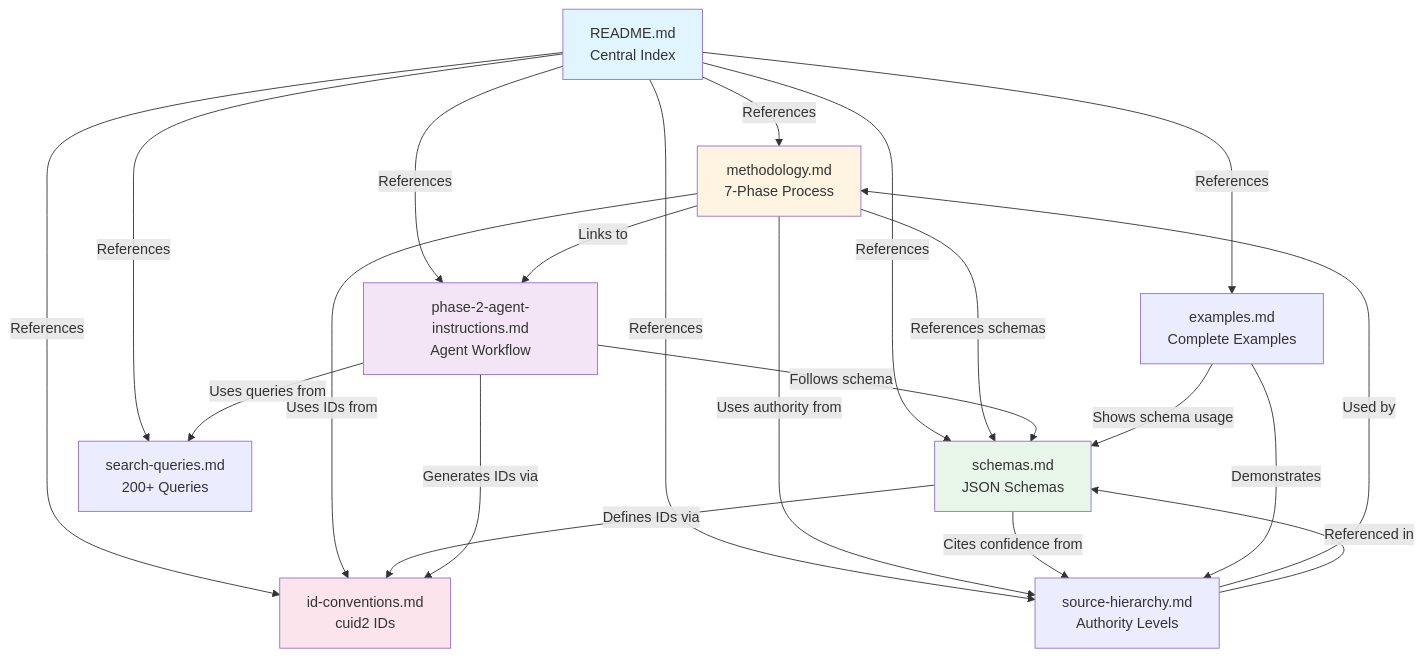
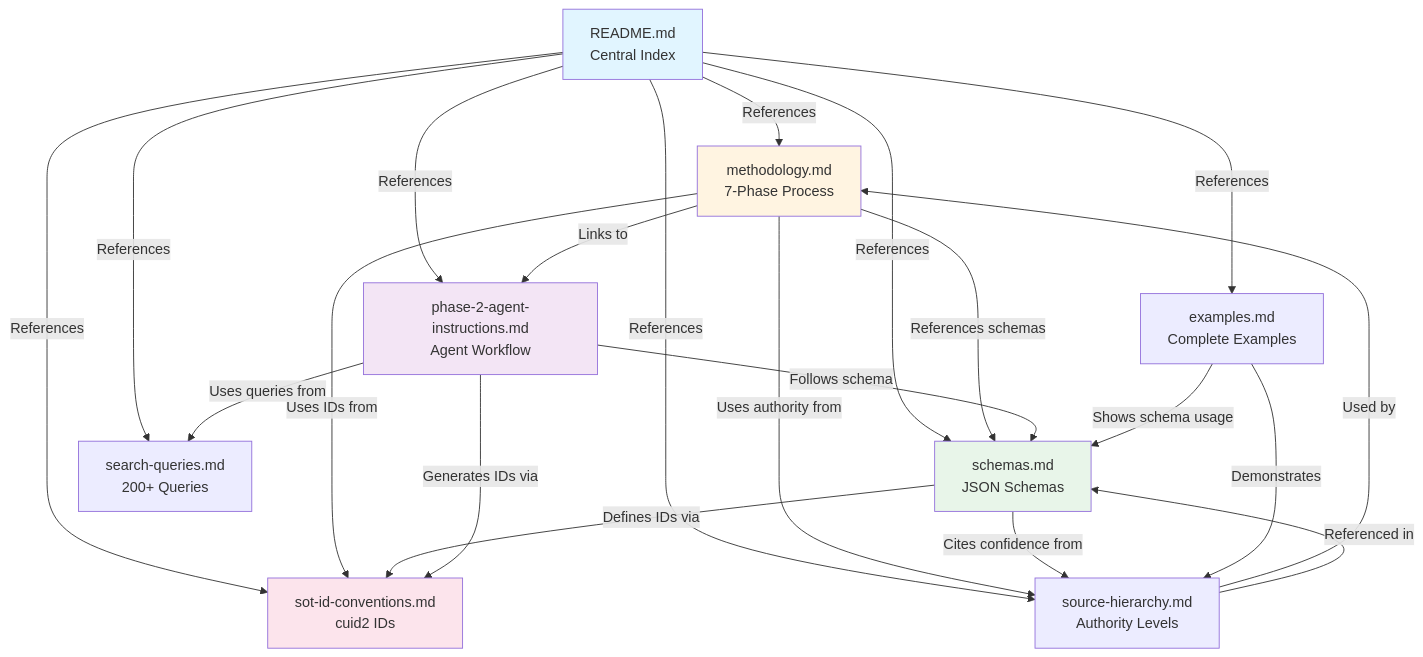
One commit to brettdavies/insurance-broker-quote-assistant changed the diagram in docs/knowledge-pack/README.md. Above: the diagram before and after it, drawn with Mermaid. The commit also changed other lines of this file and 7 other files, not shown here.

````diff
--- a/docs/knowledge-pack/README.md
+++ b/docs/knowledge-pack/README.md
@@ -149,43 +149,43 @@
 ```mermaid
 graph TB
     README[README.md<br/>Central Index]
     METHOD[methodology.md<br/>7-Phase Process]
     SCHEMAS[schemas.md<br/>JSON Schemas]
-    IDCONV[id-conventions.md<br/>cuid2 IDs]
+    IDCONV[sot-id-conventions.md<br/>cuid2 IDs]
     HIER[source-hierarchy.md<br/>Authority Levels]
     EXAMPLES[examples.md<br/>Complete Examples]
     QUERIES[search-queries.md<br/>200+ Queries]
     PHASE2[phase-2-agent-instructions.md<br/>Agent Workflow]
 
     README -->|References| METHOD
     README -->|References| SCHEMAS
     README -->|References| IDCONV
     README -->|References| HIER
     README -->|References| EXAMPLES
     README -->|References| QUERIES
     README -->|References| PHASE2
 
     METHOD -->|Uses IDs from| IDCONV
     METHOD -->|References schemas| SCHEMAS
     METHOD -->|Links to| PHASE2
     METHOD -->|Uses authority from| HIER
 
     SCHEMAS -->|Defines IDs via| IDCONV
     SCHEMAS -->|Cites confidence from| HIER
 
     PHASE2 -->|Generates IDs via| IDCONV
     PHASE2 -->|Follows schema| SCHEMAS
     PHASE2 -->|Uses queries from| QUERIES
 
     EXAMPLES -->|Shows schema usage| SCHEMAS
     EXAMPLES -->|Demonstrates| HIER
 
     HIER -->|Used by| METHOD
     HIER -->|Referenced in| SCHEMAS
 
     style README fill:#e1f5ff
     style METHOD fill:#fff4e1
     style SCHEMAS fill:#e8f5e9
     style IDCONV fill:#fce4ec
     style PHASE2 fill:#f3e5f5
 ```
````
